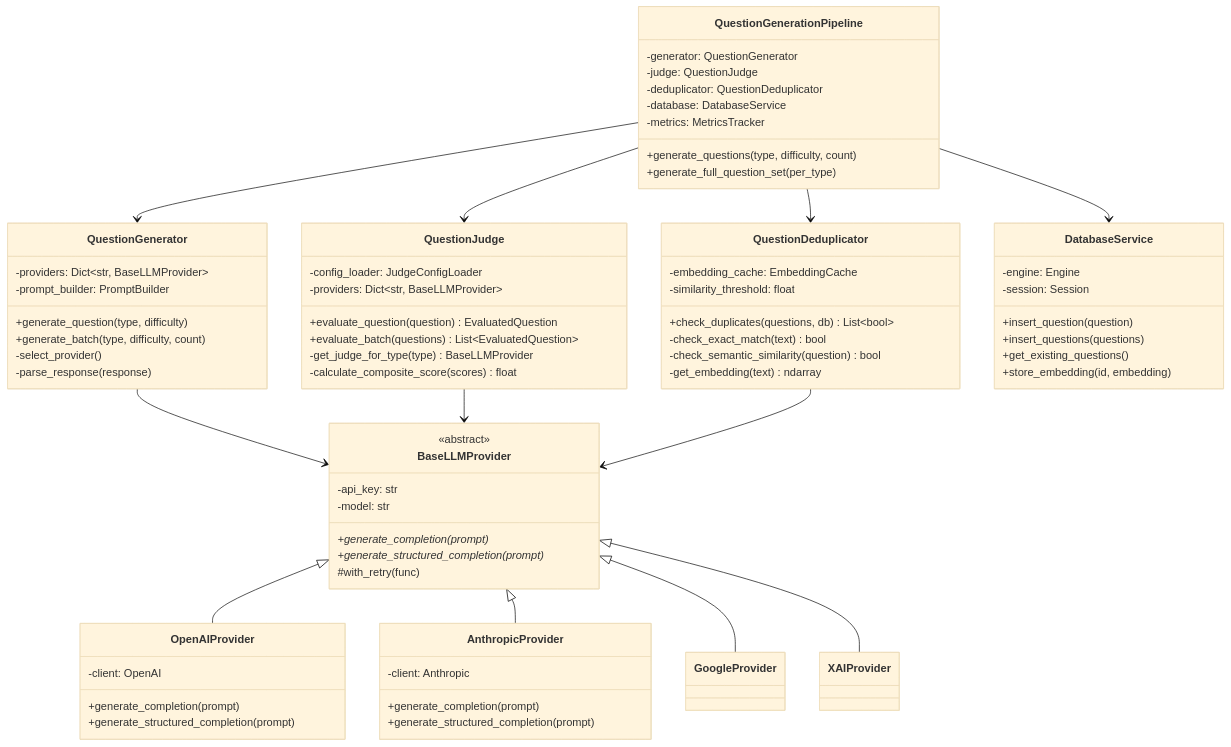
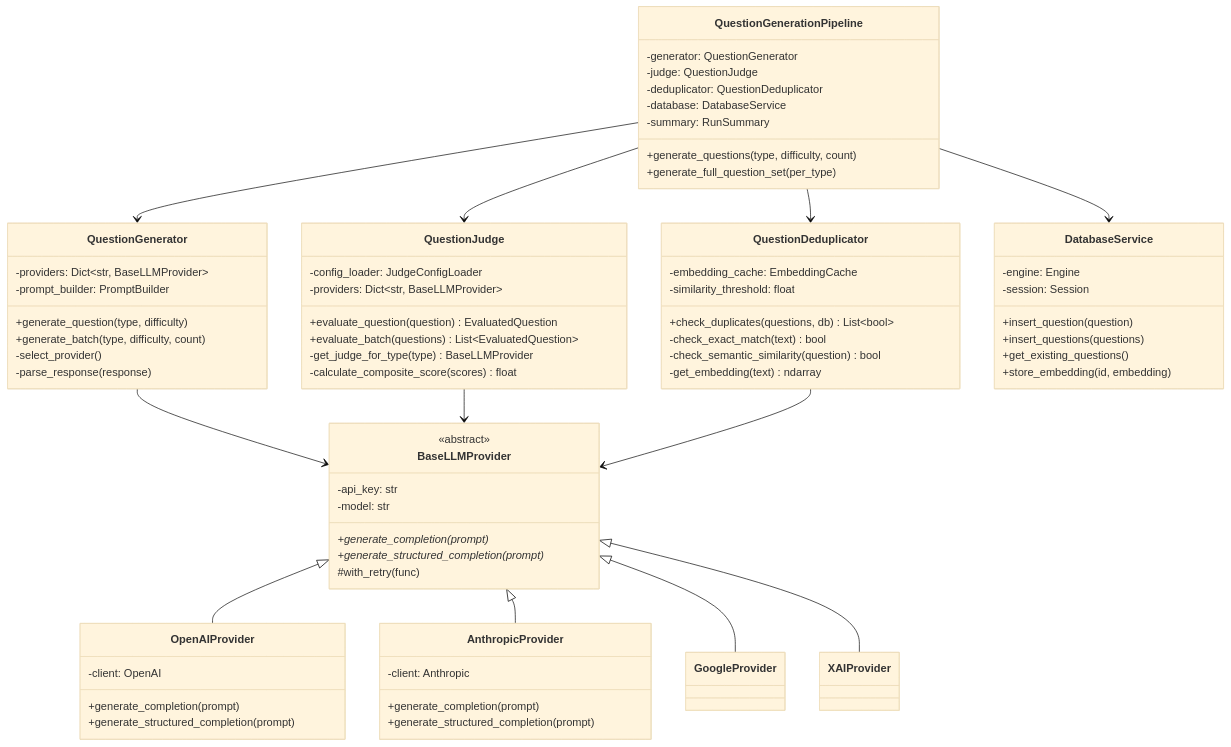
One commit to gioe/aiq changed the fifth of 15 diagrams in question-service/docs/ARCHITECTURE.md. Above: the diagram before and after it, drawn with Mermaid (base theme). The commit also changed other lines of this file and 14 other files, not shown here.

First line of the commit message:
Remove MetricsTracker, replace with lightweight RunSummary

```diff
--- a/question-service/docs/ARCHITECTURE.md
+++ b/question-service/docs/ARCHITECTURE.md
@@ -292,7 +292,7 @@
         -judge: QuestionJudge
         -deduplicator: QuestionDeduplicator
         -database: DatabaseService
-        -metrics: MetricsTracker
+        -summary: RunSummary
         +generate_questions(type, difficulty, count)
         +generate_full_question_set(per_type)
     }
```
